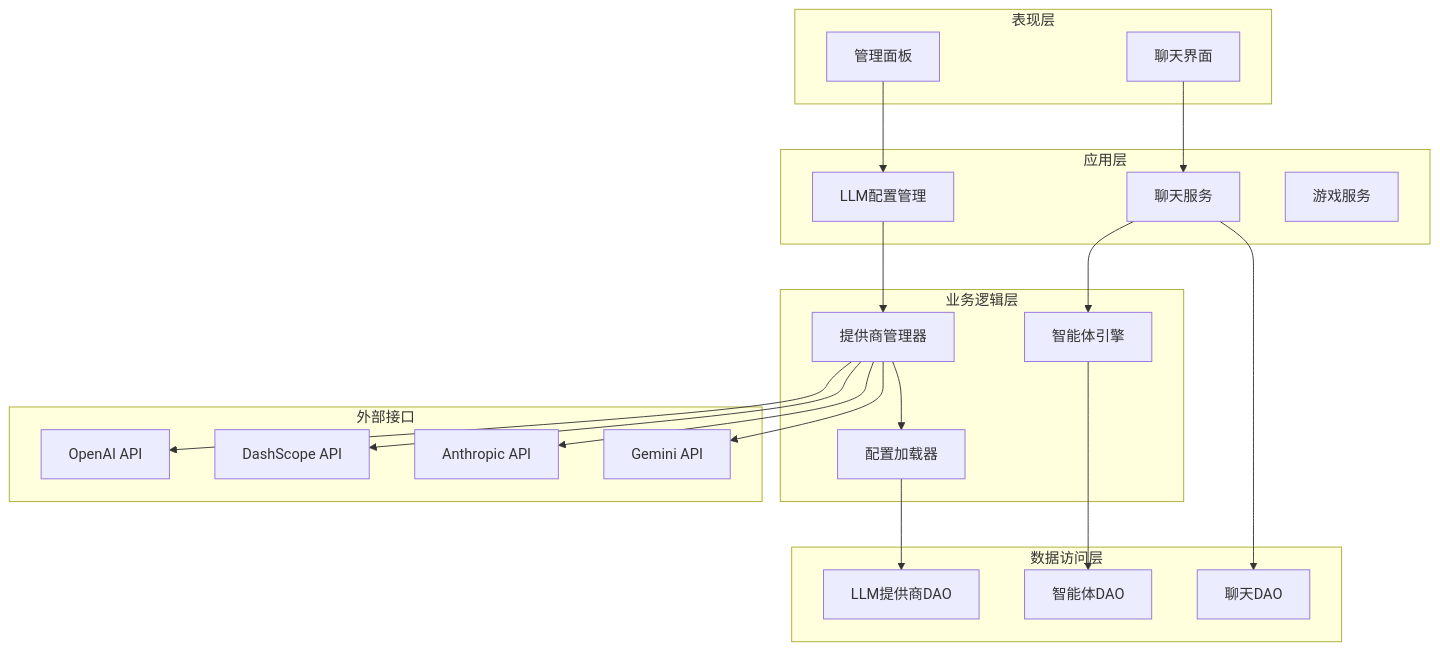
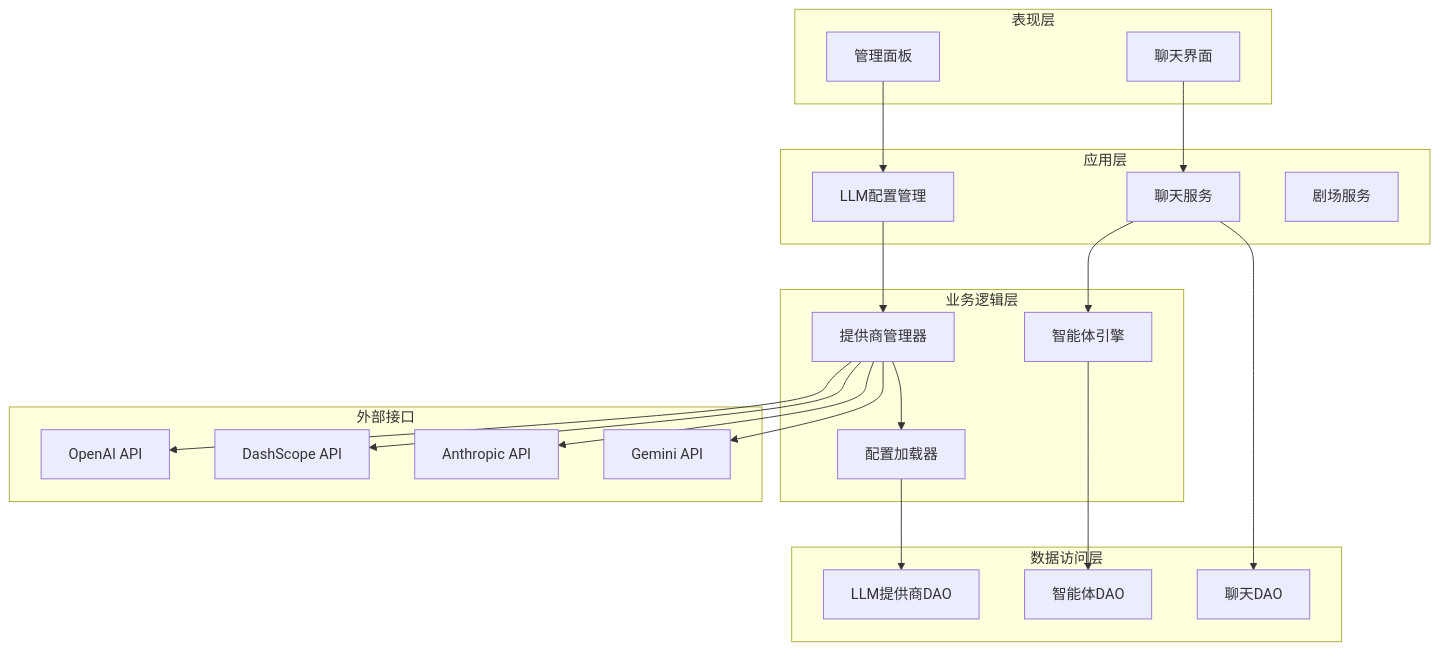
One commit to KunLabAI/KunFlix changed the fourth of 8 diagrams in .qoder/repowiki/zh/content/部署指南/后端部署/配置管理/LLM提供商配置.md. Above: the diagram before and after it, drawn with Mermaid. The commit also changed other lines of this file and 112 other files, not shown here.

````diff
--- a/.qoder/repowiki/zh/content/部署指南/后端部署/配置管理/LLM提供商配置.md
+++ b/.qoder/repowiki/zh/content/部署指南/后端部署/配置管理/LLM提供商配置.md
@@ -181,40 +181,40 @@
 ```mermaid
 graph TB
 subgraph "表现层"
 AdminPanel[管理面板]
 ChatInterface[聊天界面]
 end
 subgraph "应用层"
 LLMConfig[LLM配置管理]
 ChatService[聊天服务]
-GameService[游戏服务]
+TheaterService[剧场服务]
 end
 subgraph "业务逻辑层"
 AgentEngine[智能体引擎]
 ProviderManager[提供商管理器]
 ConfigLoader[配置加载器]
 end
 subgraph "数据访问层"
 LLMProviderDAO[LLM提供商DAO]
 AgentDAO[智能体DAO]
 ChatDAO[聊天DAO]
 end
 subgraph "外部接口"
 OpenAI[OpenAI API]
 DashScope[DashScope API]
 Anthropic[Anthropic API]
 Gemini[Gemini API]
 end
 AdminPanel --> LLMConfig
 ChatInterface --> ChatService
 LLMConfig --> ProviderManager
 ChatService --> AgentEngine
 ProviderManager --> ConfigLoader
 ConfigLoader --> LLMProviderDAO
 AgentEngine --> AgentDAO
 ChatService --> ChatDAO
 ProviderManager --> OpenAI
 ProviderManager --> DashScope
 ProviderManager --> Anthropic
 ProviderManager --> Gemini
 ```
````
